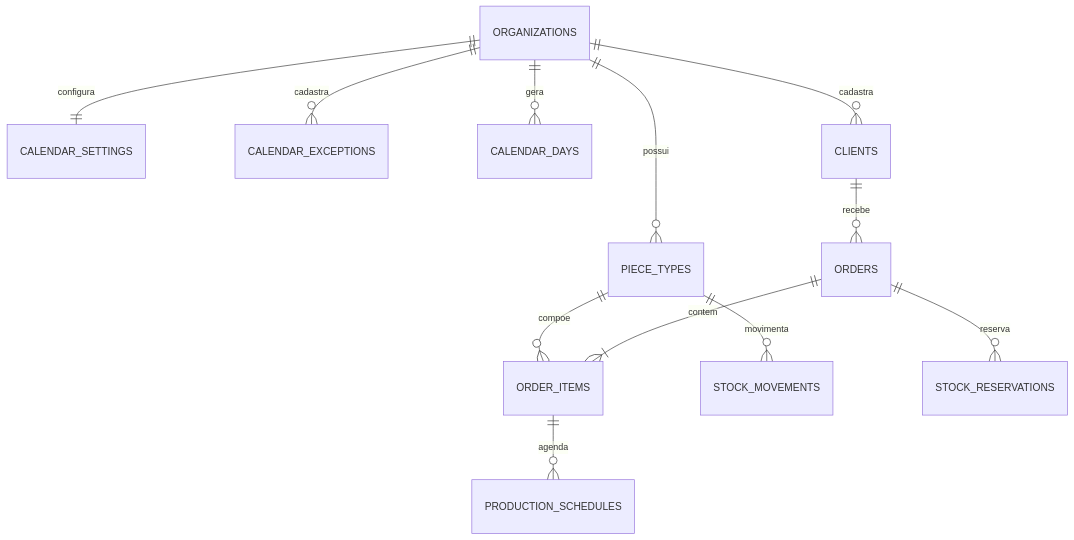
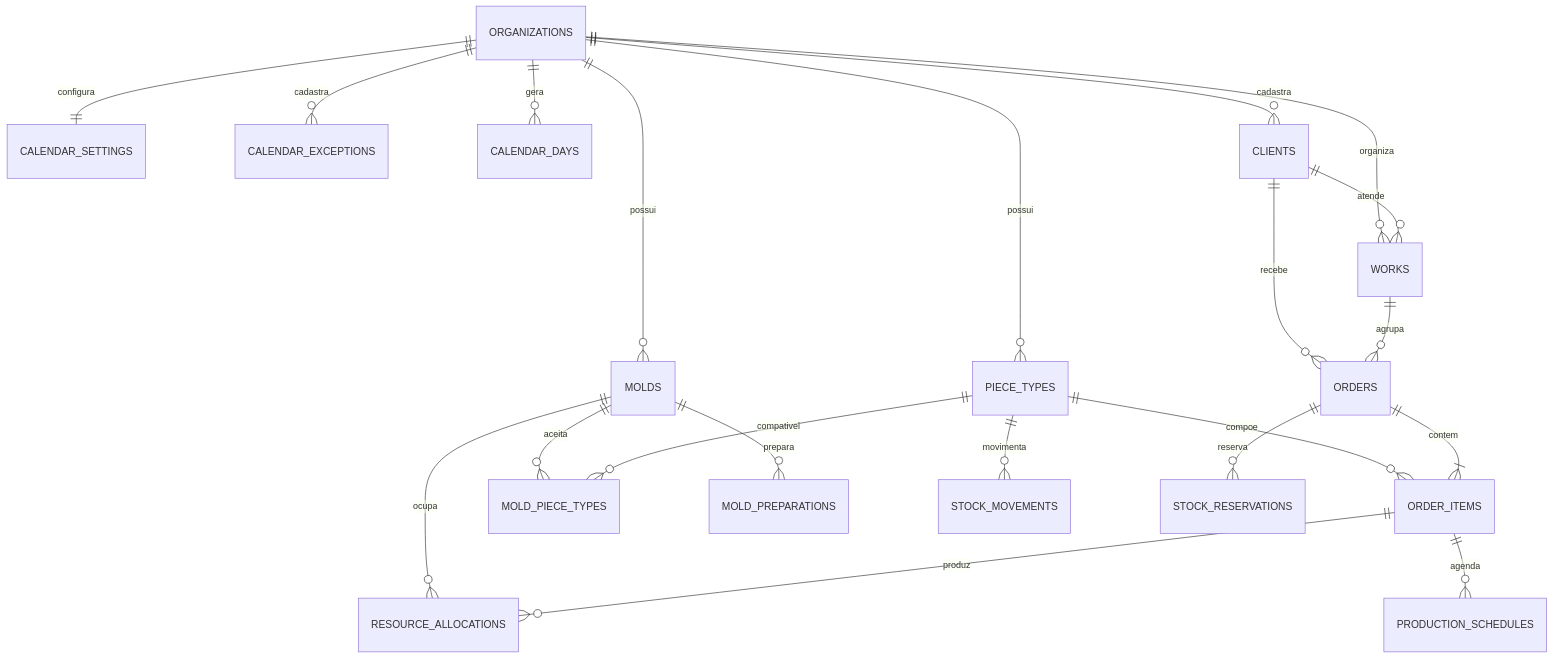
Before and after one commit to Prelux-Eng/preluxtag: the diagram in database/ER.md, drawn with Mermaid. The commit also changed other lines of this file and 13 other files, not shown here.

````diff
--- a/database/ER.md
+++ b/database/ER.md
@@ -3,14 +3,23 @@
 ```mermaid
 erDiagram
   ORGANIZATIONS ||--|| CALENDAR_SETTINGS : configura
   ORGANIZATIONS ||--o{ CALENDAR_EXCEPTIONS : cadastra
   ORGANIZATIONS ||--o{ CALENDAR_DAYS : gera
   ORGANIZATIONS ||--o{ PIECE_TYPES : possui
+  ORGANIZATIONS ||--o{ WORKS : organiza
   PIECE_TYPES ||--o{ ORDER_ITEMS : compoe
   ORGANIZATIONS ||--o{ CLIENTS : cadastra
   CLIENTS ||--o{ ORDERS : recebe
+  CLIENTS ||--o{ WORKS : atende
+  WORKS ||--o{ ORDERS : agrupa
   ORDERS ||--|{ ORDER_ITEMS : contem
   ORDER_ITEMS ||--o{ PRODUCTION_SCHEDULES : agenda
+  ORGANIZATIONS ||--o{ MOLDS : possui
+  MOLDS ||--o{ MOLD_PIECE_TYPES : aceita
+  PIECE_TYPES ||--o{ MOLD_PIECE_TYPES : compativel
+  MOLDS ||--o{ MOLD_PREPARATIONS : prepara
+  MOLDS ||--o{ RESOURCE_ALLOCATIONS : ocupa
+  ORDER_ITEMS ||--o{ RESOURCE_ALLOCATIONS : produz
   PIECE_TYPES ||--o{ STOCK_MOVEMENTS : movimenta
   ORDERS ||--o{ STOCK_RESERVATIONS : reserva
 ```
````
